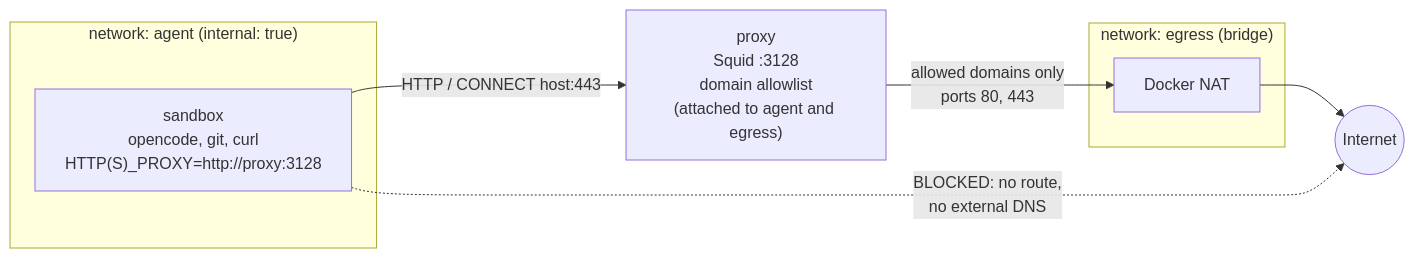
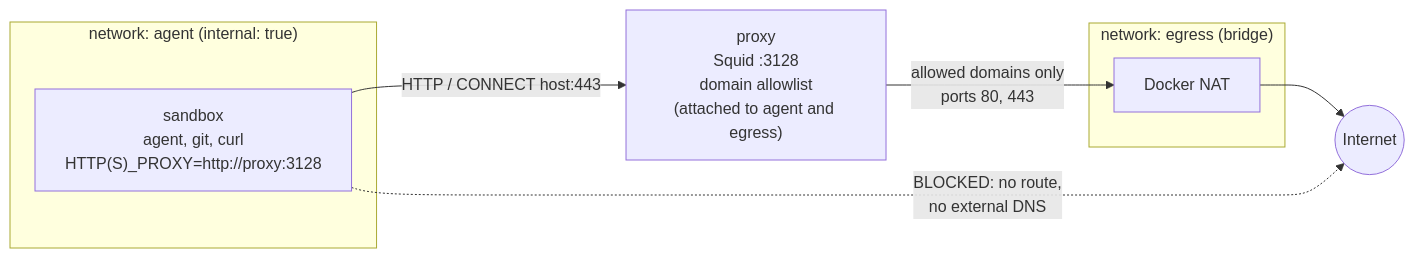
The first of 3 diagrams in docs/networking.md (mborne/agent-sandbox), drawn with Mermaid before and after one commit. The commit also changed other lines of this file and 19 other files, not shown here.

````diff
--- a/docs/networking.md
+++ b/docs/networking.md
@@ -7,16 +7,16 @@
 ```mermaid
 flowchart LR
     subgraph agent["network: agent (internal: true)"]
-        sandbox["sandbox<br/>opencode, git, curl<br/>HTTP(S)_PROXY=http://proxy:3128"]
+        sandbox["sandbox<br/>agent, git, curl<br/>HTTP(S)_PROXY=http://proxy:3128"]
     end
     proxy["proxy<br/>Squid :3128<br/>domain allowlist<br/>(attached to agent and egress)"]
     subgraph egress["network: egress (bridge)"]
         nat["Docker NAT"]
     end
     internet(("Internet"))
 
     sandbox -->|"HTTP / CONNECT host:443"| proxy
     proxy -->|"allowed domains only<br/>ports 80, 443"| nat
     nat --> internet
     sandbox -.->|"BLOCKED: no route,<br/>no external DNS"| internet
 ```
````
